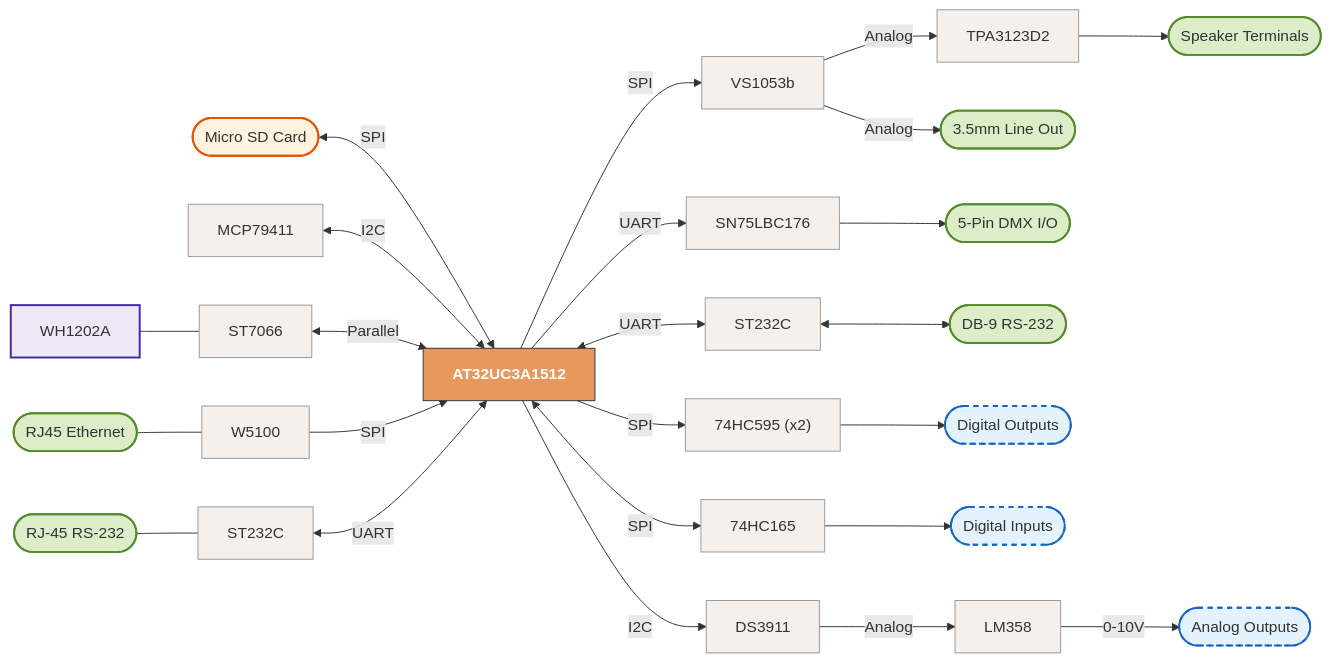
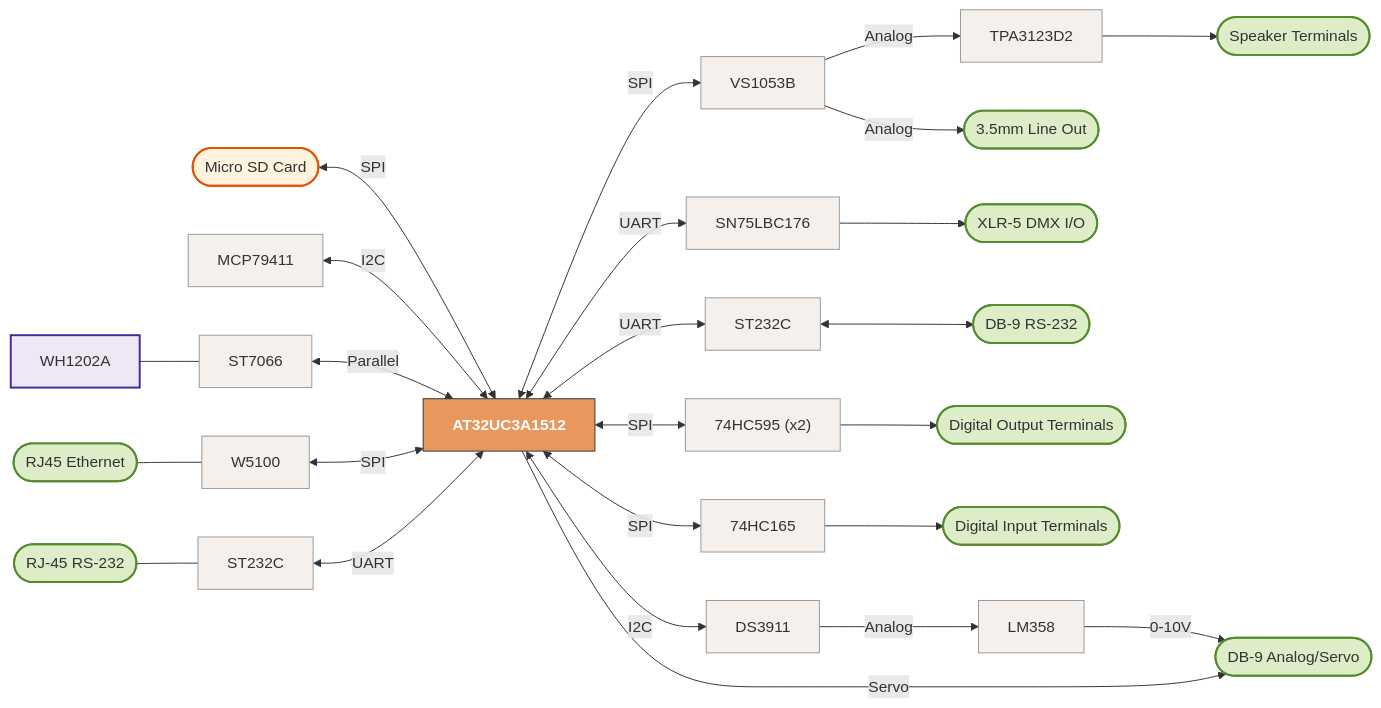
One commit to aramder/aramder.github.io changed the diagram in animation/_posts/2026-2-22-ProCommander4-Teardown.md. Above: the diagram before and after it, drawn with Mermaid. The commit also changed other lines of this file, not shown here.

Commit message:
fix: correct casing in component names and improve alt text descriptions in ProCommander4 teardown

````diff
--- a/animation/_posts/2026-2-22-ProCommander4-Teardown.md
+++ b/animation/_posts/2026-2-22-ProCommander4-Teardown.md
@@ -144,30 +144,31 @@
 ```mermaid
 graph LR
     classDef mcu fill:#e8985c,stroke:#333,color:#fff,font-weight:bold
     classDef ic fill:#f5f0eb,stroke:#999,color:#333
     classDef conn fill:#dcedc8,stroke:#558b2f,color:#333,stroke-width:2px
     classDef generic fill:#e3f2fd,stroke:#1565c0,color:#333,stroke-width:2px,stroke-dasharray:5 5
     classDef storage fill:#fff3e0,stroke:#e65100,color:#333,stroke-width:2px
     classDef display fill:#ede7f6,stroke:#4527a0,color:#333,stroke-width:2px
 
     SD([Micro SD Card]):::storage <-->|SPI| MCU[AT32UC3A1512]:::mcu
     MCP79411:::ic <-->|I2C| MCU
     LCD[WH1202A]:::display --- ST7066:::ic <-->|Parallel| MCU
-    ETH([RJ45 Ethernet]):::conn --- W5100:::ic -->|SPI| MCU
+    ETH([RJ45 Ethernet]):::conn --- W5100:::ic <-->|SPI| MCU
     RJ45RS([RJ-45 RS-232]):::conn --- ST232C_2[ST232C]:::ic <-->|UART| MCU
 
-    MCU -->|SPI| VS1053b:::ic
-    VS1053b -->|Analog| TPA3123D2:::ic
-    VS1053b -->|Analog| LINEOUT([3.5mm Line Out]):::conn
+    MCU <-->|SPI| VS1053B:::ic
+    VS1053B -->|Analog| TPA3123D2:::ic
+    VS1053B -->|Analog| LINEOUT([3.5mm Line Out]):::conn
     TPA3123D2 --> SPKR([Speaker Terminals]):::conn
-    MCU -->|UART| SN75LBC176:::ic
-    SN75LBC176 --> DMX([5-Pin DMX I/O]):::conn
+    MCU <-->|UART| SN75LBC176:::ic
+    SN75LBC176 --> DMX([XLR-5 DMX I/O]):::conn
     MCU <-->|UART| ST232C_1[ST232C]:::ic
     ST232C_1 <--> DB9([DB-9 RS-232]):::conn
-    MCU -->|SPI| HC595["74HC595 (x2)"]:::ic
-    HC595 --> DOUT([Digital Outputs]):::generic
+    MCU <-->|SPI| HC595["74HC595 (x2)"]:::ic
+    HC595 --> DOUT([Digital Output Terminals]):::conn
     MCU <-->|SPI| HC165[74HC165]:::ic
-    HC165 --> DINP([Digital Inputs]):::generic
-    MCU -->|I2C| DS3911:::ic -->|Analog| LM358:::ic
-    LM358 -->|0-10V| AOUT([Analog Outputs]):::generic
+    HC165 --> DINP([Digital Input Terminals]):::conn
+    MCU <-->|I2C| DS3911:::ic -->|Analog| LM358:::ic
+    LM358 -->|0-10V| AOUT([DB-9 Analog/Servo]):::conn
+    MCU -->|Servo| AOUT
 ```
````
